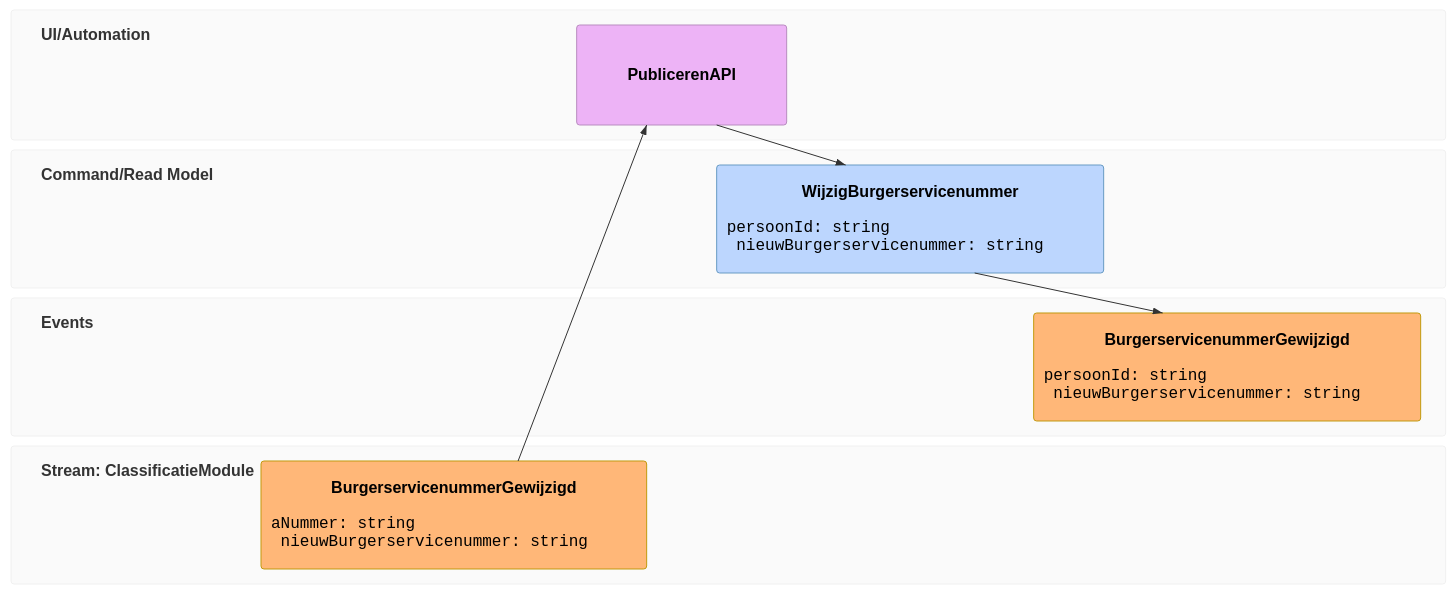
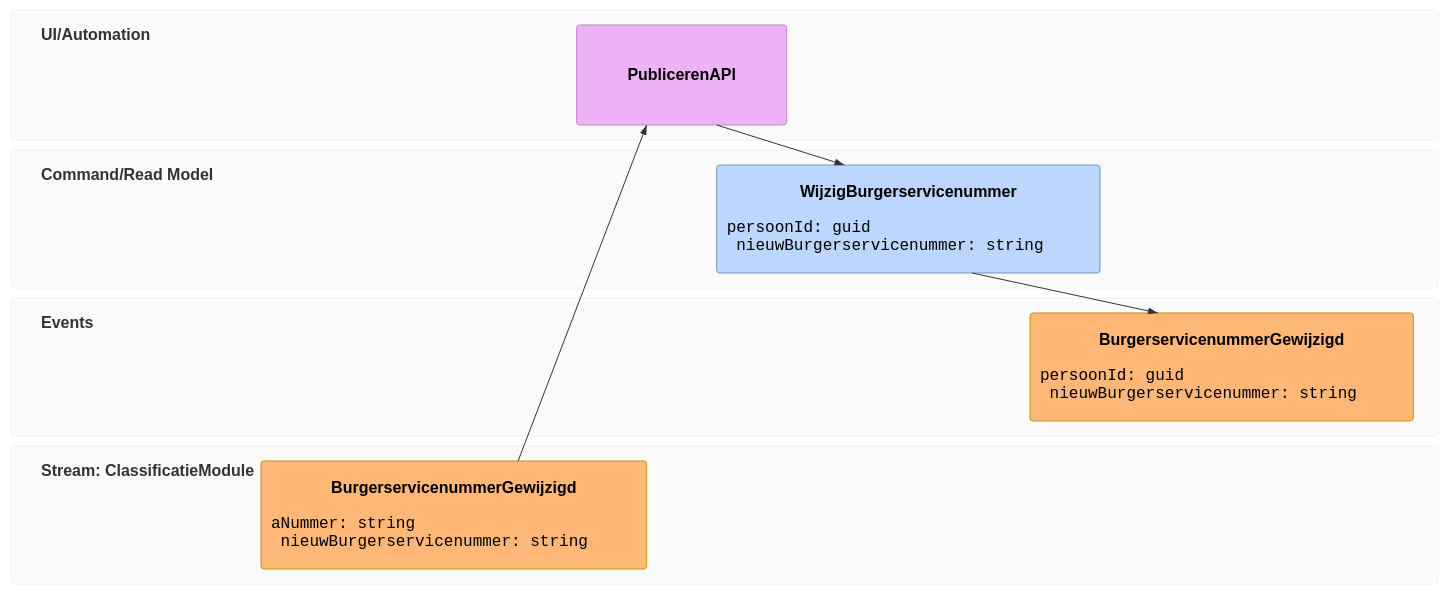
Before and after one commit to BRP-API/brp-api-gebeurtenissen: the second of 3 diagrams in docs/adr/006-persoonsidentificatie-in-gebeurtenissen.md, drawn with Mermaid. The commit also changed other lines of this file, not shown here.

````diff
--- a/docs/adr/006-persoonsidentificatie-in-gebeurtenissen.md
+++ b/docs/adr/006-persoonsidentificatie-in-gebeurtenissen.md
@@ -73,25 +62,25 @@
 ```mermaid
 eventmodeling
 tf 01 evt ClassificatieModule.BurgerservicenummerGewijzigd [[ExternBurgerservicenummerGewijzigdData]]
 tf 02 pcr PublicerenAPI
 tf 03 cmd WijzigBurgerservicenummer [[WijzigBurgerservicenummerData]]
 tf 04 evt BurgerservicenummerGewijzigd [[BurgerservicenummerGewijzigdData]]
 
 data ExternBurgerservicenummerGewijzigdData
 {
     aNummer: string
     nieuwBurgerservicenummer: string
 }
 
 data WijzigBurgerservicenummerData
 {
-    persoonId: string
+    persoonId: guid
     nieuwBurgerservicenummer: string
 }
 
 data BurgerservicenummerGewijzigdData
 {
-    persoonId: string
+    persoonId: guid
     nieuwBurgerservicenummer: string
 }
 ```
````
